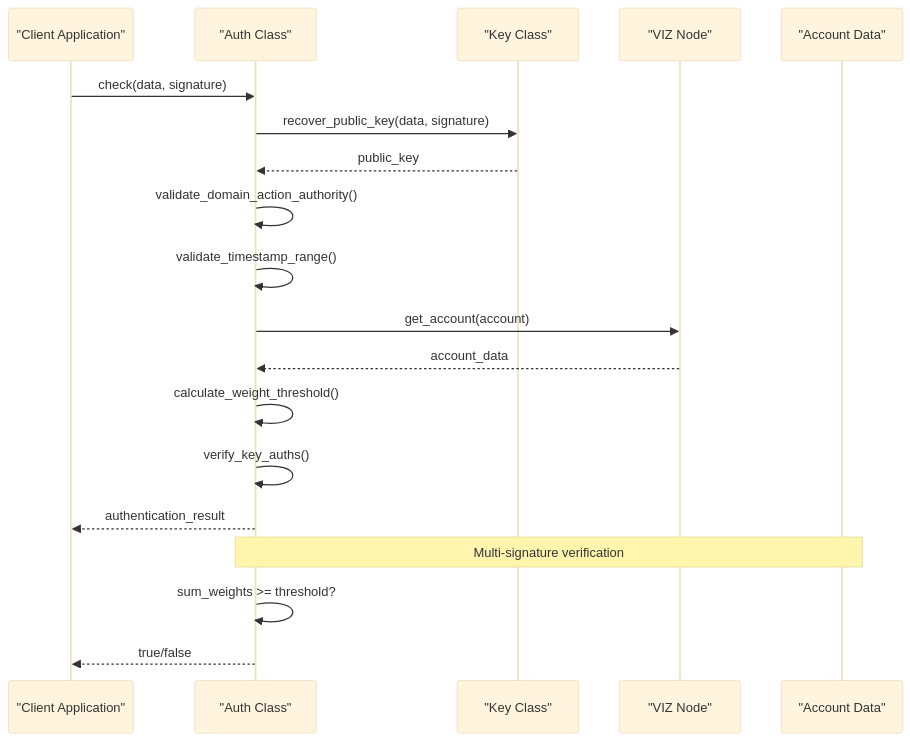
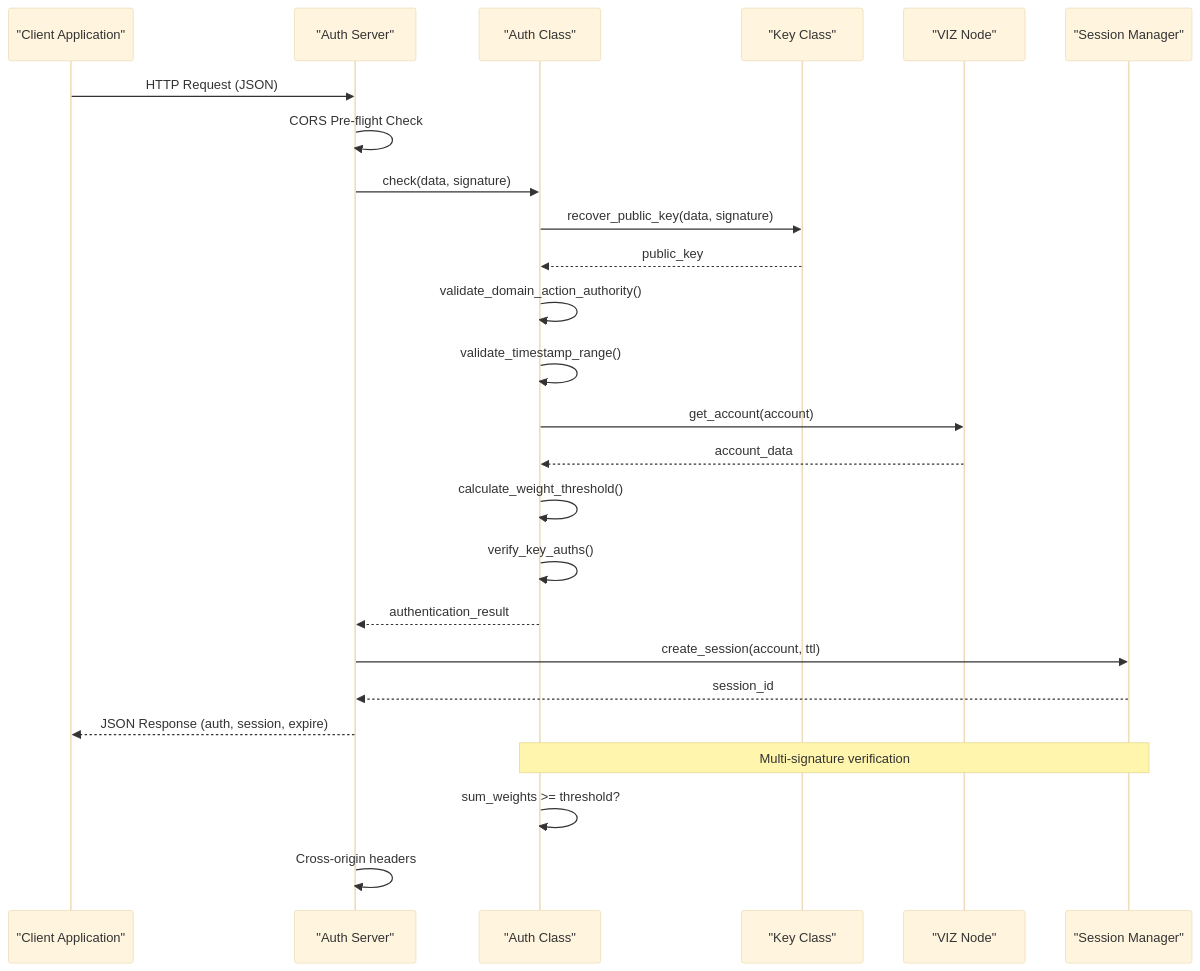
One commit to VIZ-Blockchain/viz-php-lib changed the second of 8 diagrams in .qoder/repowiki/en/content/API Reference/Auth Class API.md. Above: the diagram before and after it, drawn with Mermaid (base theme). The commit also changed other lines of this file and 9 other files, not shown here.

First line of the commit message:
docs(auth): enhance passwordless auth with CORS, sessions, and modern web integration

````diff
--- a/.qoder/repowiki/en/content/API Reference/Auth Class API.md
+++ b/.qoder/repowiki/en/content/API Reference/Auth Class API.md
@@ -82,21 +113,27 @@
 ```mermaid
 sequenceDiagram
 participant Client as "Client Application"
+participant Server as "Auth Server"
 participant Auth as "Auth Class"
 participant Key as "Key Class"
 participant Node as "VIZ Node"
-participant Account as "Account Data"
-Client->>Auth : check(data, signature)
+participant Session as "Session Manager"
+Client->>Server : HTTP Request (JSON)
+Server->>Server : CORS Pre-flight Check
+Server->>Auth : check(data, signature)
 Auth->>Key : recover_public_key(data, signature)
 Key-->>Auth : public_key
 Auth->>Auth : validate_domain_action_authority()
 Auth->>Auth : validate_timestamp_range()
 Auth->>Node : get_account(account)
 Node-->>Auth : account_data
 Auth->>Auth : calculate_weight_threshold()
 Auth->>Auth : verify_key_auths()
-Auth-->>Client : authentication_result
-Note over Auth,Account : Multi-signature verification
+Auth-->>Server : authentication_result
+Server->>Session : create_session(account, ttl)
+Session-->>Server : session_id
+Server-->>Client : JSON Response (auth, session, expire)
+Note over Auth,Session : Multi-signature verification
 Auth->>Auth : sum_weights >= threshold?
-Auth-->>Client : true/false
+Server->>Server : Cross-origin headers
 ```
````
